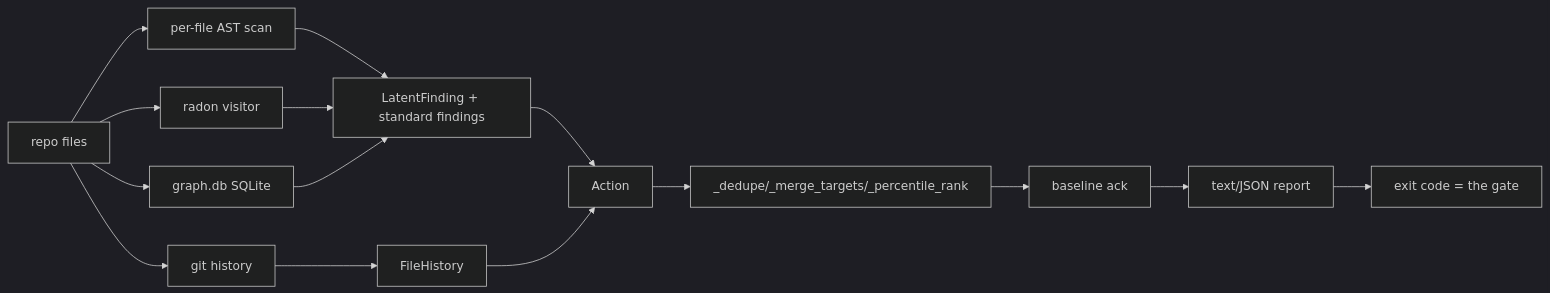
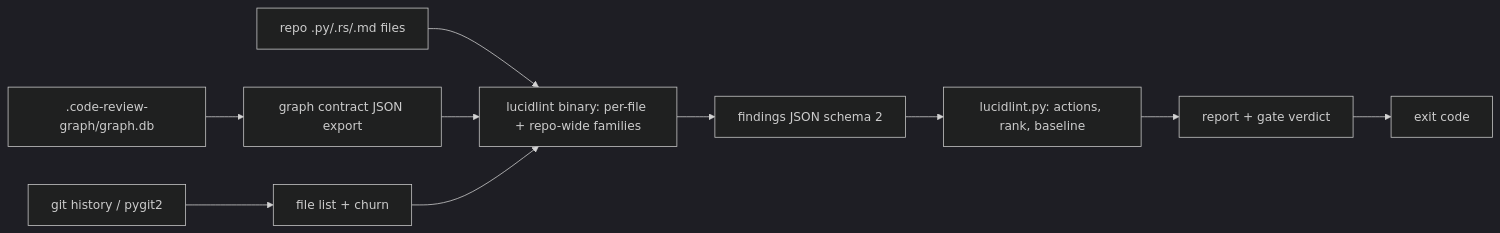
The diagram in docs/TECHSPEC.md (ashbywinch/lucidlint), drawn with Mermaid (dark theme) before and after one commit. The commit also changed other lines of this file and 13 other files, not shown here.

````diff
--- a/docs/TECHSPEC.md
+++ b/docs/TECHSPEC.md
@@ -56,17 +58,12 @@
 ```mermaid
 flowchart LR
-    A[repo files] --> B[per-file AST scan]
-    A --> C[radon visitor]
-    A --> D[graph.db SQLite]
-    A --> E[git history]
-    B --> F[LatentFinding + standard findings]
-    C --> F
-    D --> F
-    E --> G[FileHistory]
-    F --> H[Action]
-    G --> H
-    H --> I[_dedupe/_merge_targets/_percentile_rank]
-    I --> J[baseline ack]
-    J --> K[text/JSON report]
-    K --> L[exit code = the gate]
+    A[repo .py/.rs/.md files] --> B[lucidlint binary: per-file + repo-wide families]
+    C[.code-review-graph/graph.db] --> D[graph contract JSON export]
+    D --> B
+    E[git history / pygit2] --> F[file list + churn]
+    F --> B
+    B --> G[findings JSON schema 2]
+    G --> H[lucidlint.py: actions, rank, baseline]
+    H --> I[report + gate verdict]
+    I --> J[exit code]
 ```
````
